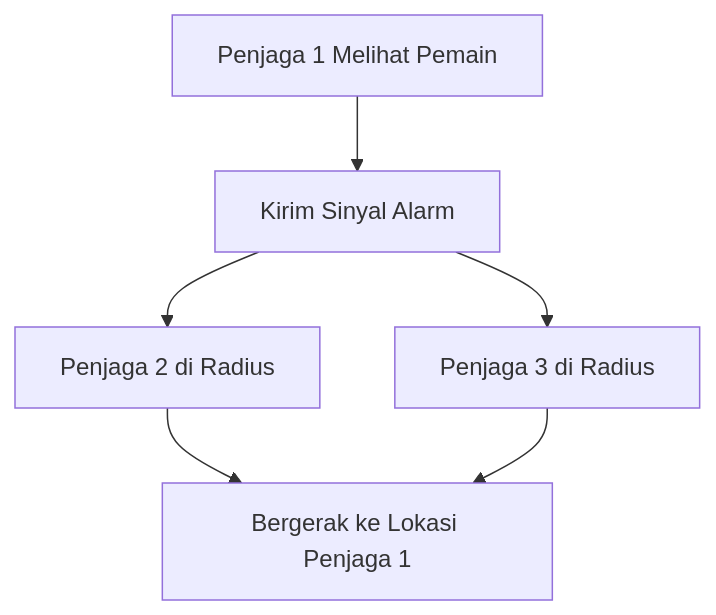
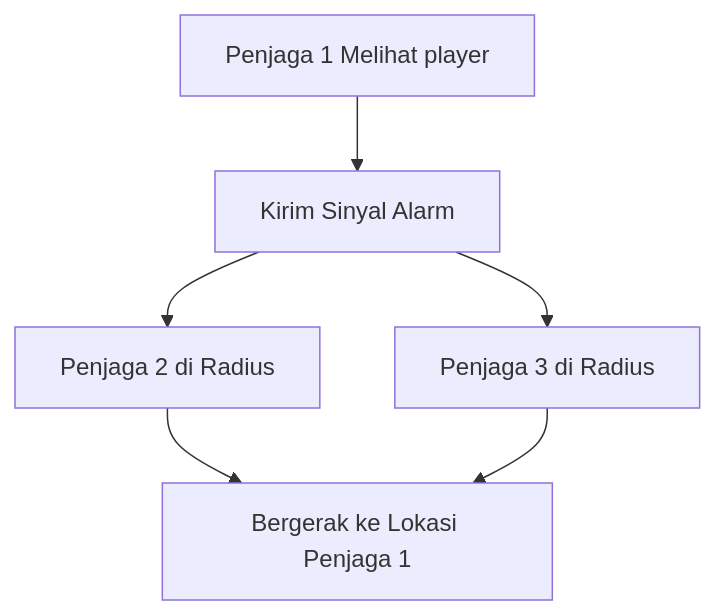
The second of 2 diagrams in README.md (Arucaden/Expedition-67), drawn with Mermaid before and after one commit. The commit also changed other lines of this file and 11 other files, not shown here.

```diff
--- a/README.md
+++ b/README.md
@@ -85,9 +87,9 @@
 :::mermaid
 flowchart TD
-    GuardA[Penjaga 1 Melihat Pemain]
+    GuardA[Penjaga 1 Melihat player]
     GuardA --> Broadcast[Kirim Sinyal Alarm]
     Broadcast --> GuardB[Penjaga 2 di Radius]
     Broadcast --> GuardC[Penjaga 3 di Radius]
     GuardB --> MoveTo[Bergerak ke Lokasi Penjaga 1]
     GuardC --> MoveTo
 :::
```
